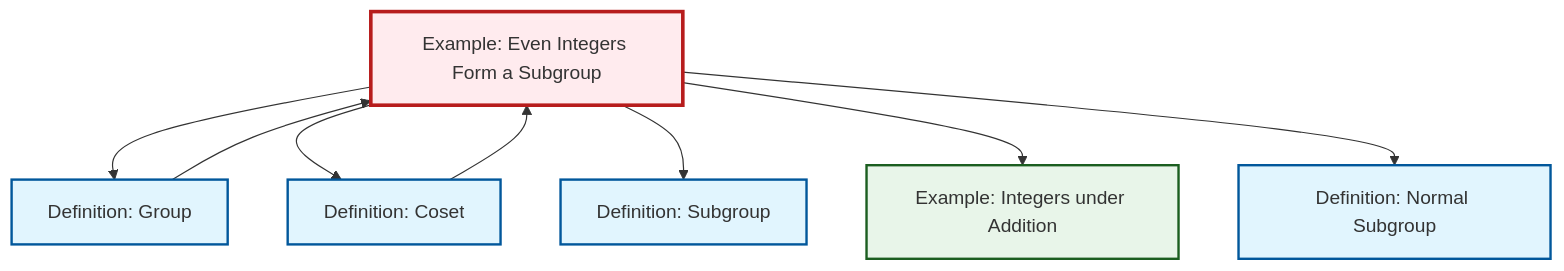
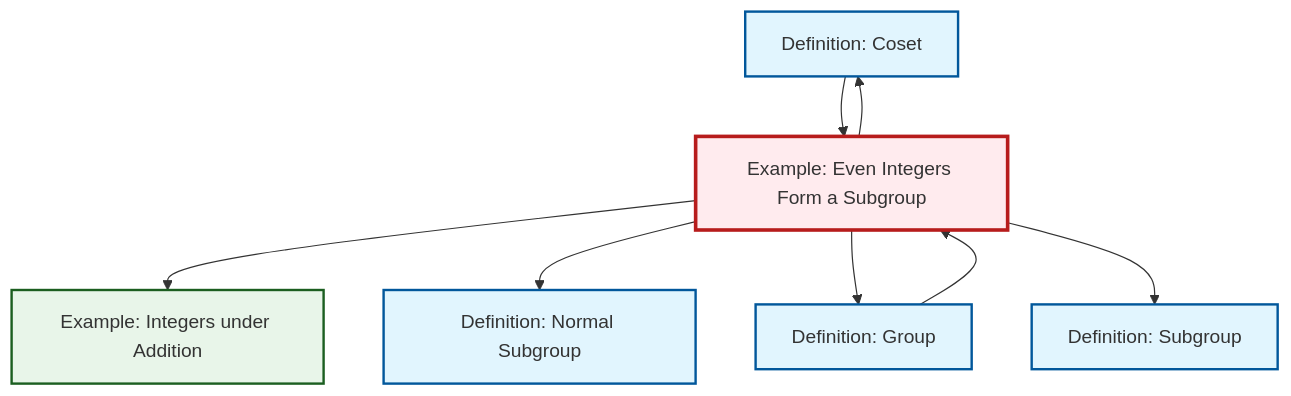
The diagram in content/en/algebra/ex-even-integers-subgroup.qmd (RK0429/ModernMath), drawn with Mermaid before and after one commit. The commit also changed other lines of this file and 434 other files, not shown here.

````diff
--- a/content/en/algebra/ex-even-integers-subgroup.qmd
+++ b/content/en/algebra/ex-even-integers-subgroup.qmd
@@ -50,28 +50,28 @@
 ```{mermaid}
 %%| fig-cap: "Local dependency graph"
 graph TD
     classDef definition fill:#e1f5fe,stroke:#01579b,stroke-width:2px
     classDef theorem fill:#f3e5f5,stroke:#4a148c,stroke-width:2px
     classDef axiom fill:#fff3e0,stroke:#e65100,stroke-width:2px
     classDef example fill:#e8f5e9,stroke:#1b5e20,stroke-width:2px
     classDef current fill:#ffebee,stroke:#b71c1c,stroke-width:3px
-    ex-even-integers-subgroup["Example: Even Integers Form a Subgroup"]:::example
     def-coset["Definition: Coset"]:::definition
+    def-group["Definition: Group"]:::definition
     def-normal-subgroup["Definition: Normal Subgroup"]:::definition
     ex-integers-addition["Example: Integers under Addition"]:::example
+    ex-even-integers-subgroup["Example: Even Integers Form a Subgroup"]:::example
     def-subgroup["Definition: Subgroup"]:::definition
-    def-group["Definition: Group"]:::definition
-    def-coset --> ex-even-integers-subgroup
+    ex-even-integers-subgroup --> def-coset
+    ex-even-integers-subgroup --> ex-integers-addition
+    ex-even-integers-subgroup --> def-normal-subgroup
     def-group --> ex-even-integers-subgroup
     ex-even-integers-subgroup --> def-group
-    ex-even-integers-subgroup --> def-coset
+    def-coset --> ex-even-integers-subgroup
     ex-even-integers-subgroup --> def-subgroup
-    ex-even-integers-subgroup --> ex-integers-addition
-    ex-even-integers-subgroup --> def-normal-subgroup
     class ex-even-integers-subgroup current
     click def-coset "def-coset.html" "Go to Coset definition"
+    click def-group "def-group.html" "Go to Group definition"
     click def-normal-subgroup "def-normal-subgroup.html" "Go to Normal Subgroup definition"
     click ex-integers-addition "ex-integers-addition.html" "Go to Integers under Addition example"
     click def-subgroup "def-subgroup.html" "Go to Subgroup definition"
-    click def-group "def-group.html" "Go to Group definition"
 ```
````
